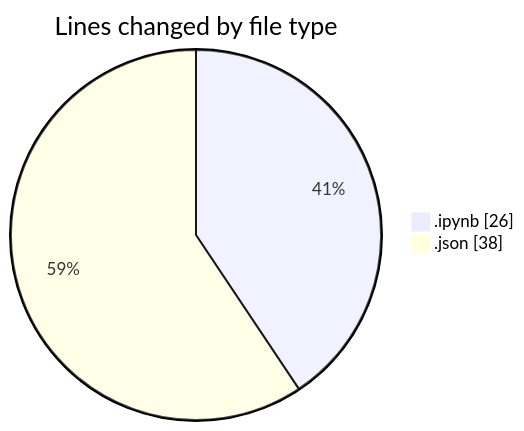
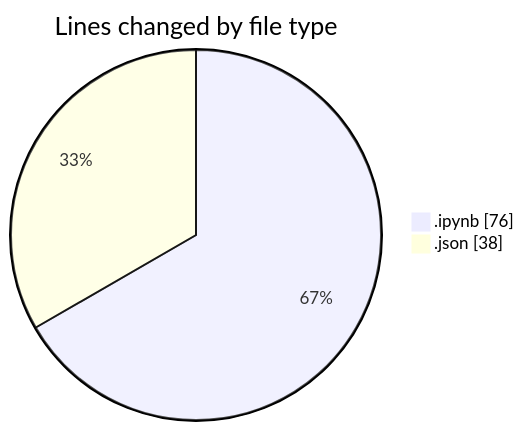
Before and after one commit to hasnaa123/code-tracking: the first of 2 diagrams in 2026-02-26/python_ai/README.md, drawn with Mermaid. The commit also changed other lines of this file and 1 other file, not shown here.

````diff
--- a/2026-02-26/python_ai/README.md
+++ b/2026-02-26/python_ai/README.md
@@ -22,6 +22,6 @@
 ```mermaid
 pie showData
 title Lines changed by file type
-".ipynb" : 26
+".ipynb" : 76
 ".json" : 38
 ```
````
